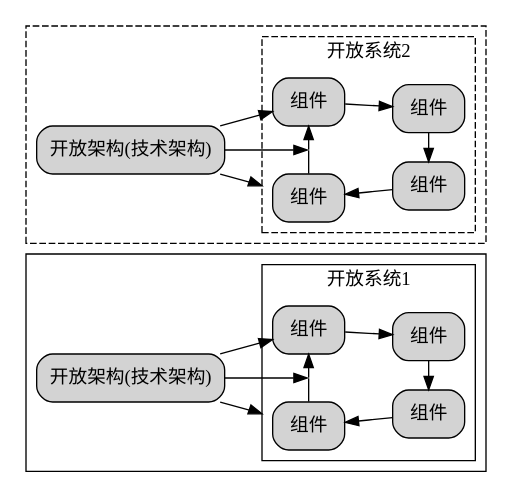
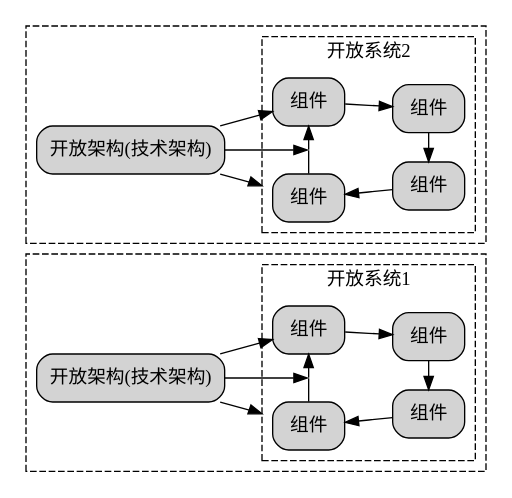
Before and after one commit to chaozhang2000/soa: the diagram in parts/definition1.dot, drawn with Graphviz. The commit also changed 1 other file, not shown here.

```diff
--- a/parts/definition1.dot
+++ b/parts/definition1.dot
@@ -1,63 +1,63 @@
 digraph G {
   graph [rankdir=LR,compound=true];
   node [shape=box, style="rounded,filled"];
   
   subgraph cluster1{
-    label=""
-    style=dash
+    label="";
+	style = dashed;
     
     subgraph cluster_system1{
       label="开放系统1"
       node1[label="组件"]
       node2[label="组件"] 
       node3[label="组件"]
       node4[label="组件"]
       
       // 创建不可见节点
       invis_node1 [shape=point, width=0, height=0, label=""]
       
       // 重新连接节点，在node1和node2之间插入不可见节点
       node1 -> node2
       node2 -> node3
       node3 -> node4
       node4 -> invis_node1 [dir=none]  // dir=none 表示没有箭头
       invis_node1 -> node1
       
       {rank=same;node1;node4;invis_node1}
       {rank=same;node2;node3}
     }
   TA1[label="开放架构(技术架构)"]
   TA1->node1
   TA1->invis_node1
   TA1->node4[lhead="cluster_system1"]
 }
   subgraph cluster2{
-    label=""
-    style=dashed
+    label="";
+	style = dashed;
     
     subgraph cluster_system2{
       label="开放系统2"
       node5[label="组件"]
       node6[label="组件"] 
       node7[label="组件"]
       node8[label="组件"]
       
       // 创建不可见节点
       invis_node2 [shape=point, width=0, height=0, label=""]
       
       // 重新连接节点，在node5和node6之间插入不可见节点
       node5 -> node6
       node6 -> node7
       node7 -> node8
       node8 -> invis_node2 [dir=none]  // dir=none 表示没有箭头
       invis_node2 -> node5
       
       {rank=same;node5;node8;invis_node2}
       {rank=same;node6;node7}
     }
   TA2[label="开放架构(技术架构)"]
   TA2->node5
   TA2->invis_node2
   TA2->node8[lhead="cluster_system2"]
   }
 }
```
